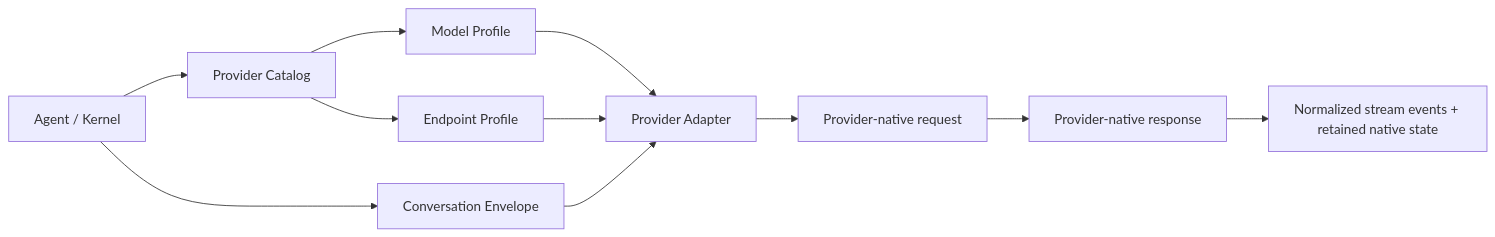
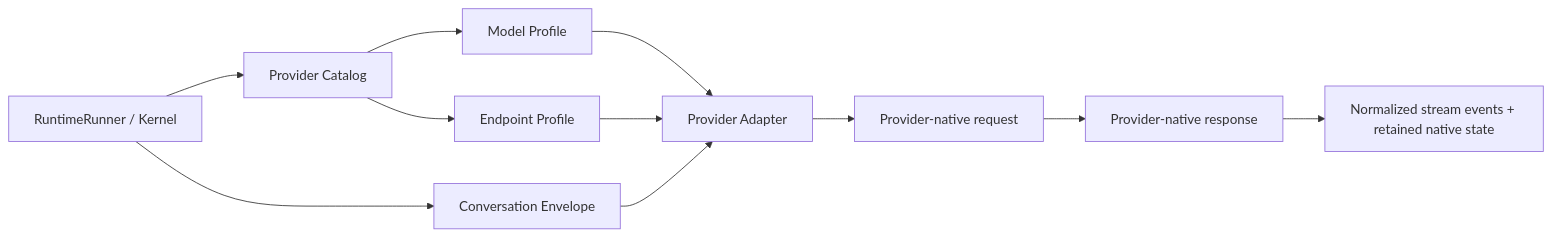
One commit to kongusen/deepstrike changed the diagram in docs/spec-node-provider-native-profiles.md. Above: the diagram before and after it, drawn with Mermaid. The commit also changed 164 other files, not shown here.

````diff
--- a/docs/spec-node-provider-native-profiles.md
+++ b/docs/spec-node-provider-native-profiles.md
@@ -93,13 +93,13 @@
 ```mermaid
 flowchart LR
-  A["Agent / Kernel"] --> B["Provider Catalog"]
+  A["RuntimeRunner / Kernel"] --> B["Provider Catalog"]
   B --> C["Model Profile"]
   B --> D["Endpoint Profile"]
   C --> E["Provider Adapter"]
   D --> E
   A --> F["Conversation Envelope"]
   F --> E
   E --> G["Provider-native request"]
   G --> H["Provider-native response"]
   H --> I["Normalized stream events + retained native state"]
 ```
````
